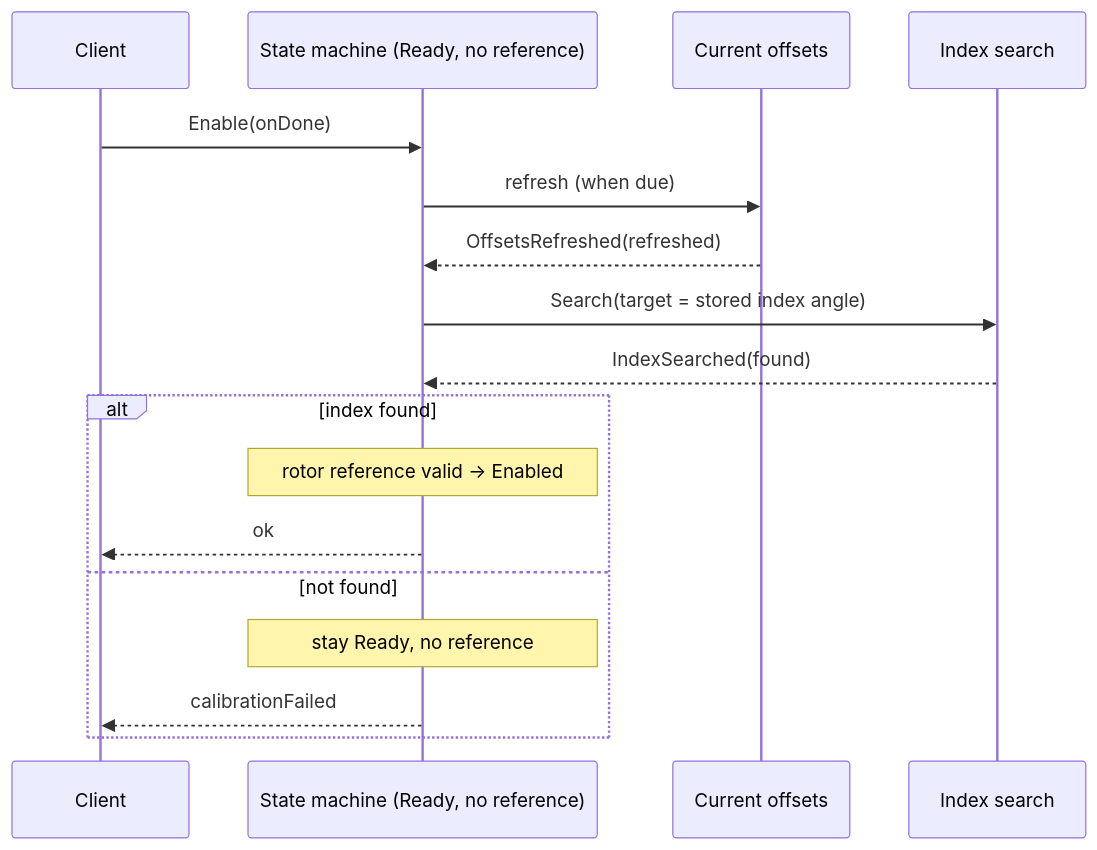
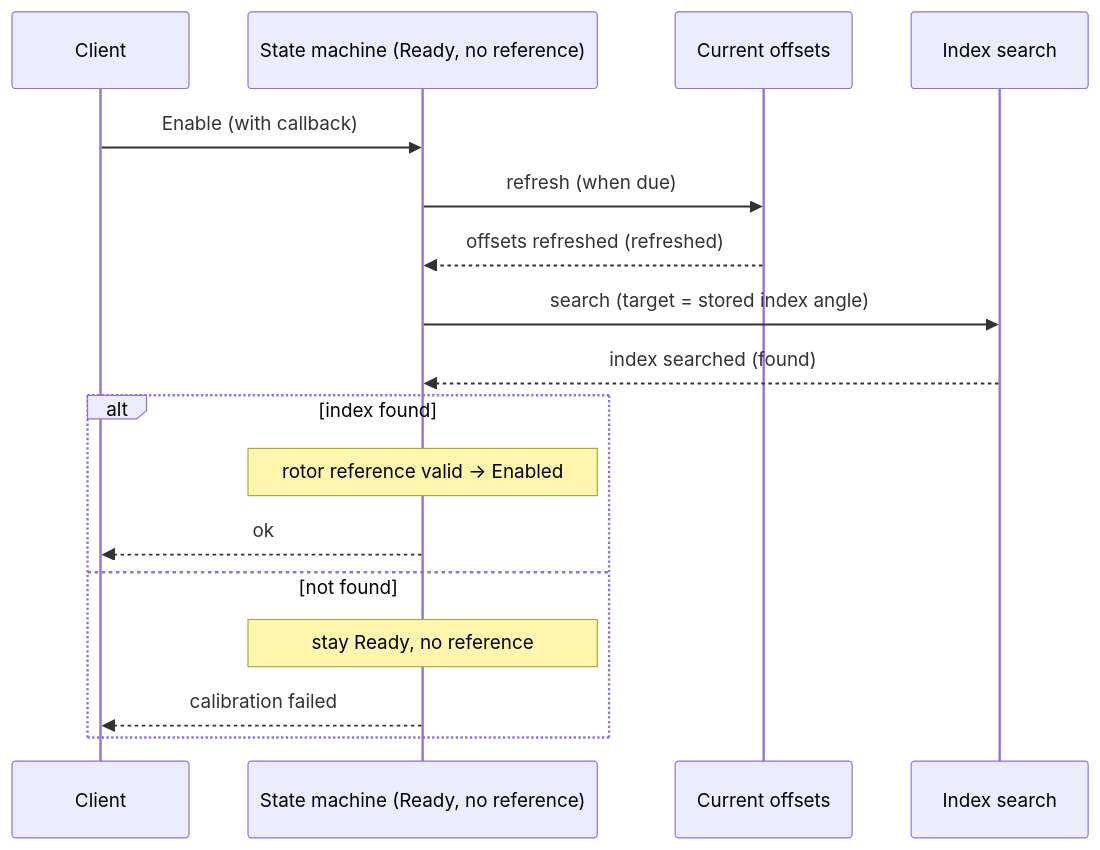
Before and after one commit to embedded-pro/e-foc: the eighth of 13 diagrams in documentation/design/state-machine.md, drawn with Mermaid. The commit also changed other lines of this file and 37 other files, not shown here.

````diff
--- a/documentation/design/state-machine.md
+++ b/documentation/design/state-machine.md
@@ -907,20 +964,20 @@
 ```mermaid
 sequenceDiagram
     participant C as Client
     participant SM as State machine (Ready, no reference)
     participant CO as Current offsets
     participant IS as Index search
 
-    C->>SM: Enable(onDone)
+    C->>SM: Enable (with callback)
     SM->>CO: refresh (when due)
-    CO-->>SM: OffsetsRefreshed(refreshed)
-    SM->>IS: Search(target = stored index angle)
-    IS-->>SM: IndexSearched(found)
+    CO-->>SM: offsets refreshed (refreshed)
+    SM->>IS: search (target = stored index angle)
+    IS-->>SM: index searched (found)
     alt index found
         note over SM: rotor reference valid → Enabled
         SM-->>C: ok
     else not found
         note over SM: stay Ready, no reference
-        SM-->>C: calibrationFailed
+        SM-->>C: calibration failed
     end
 ```
````
